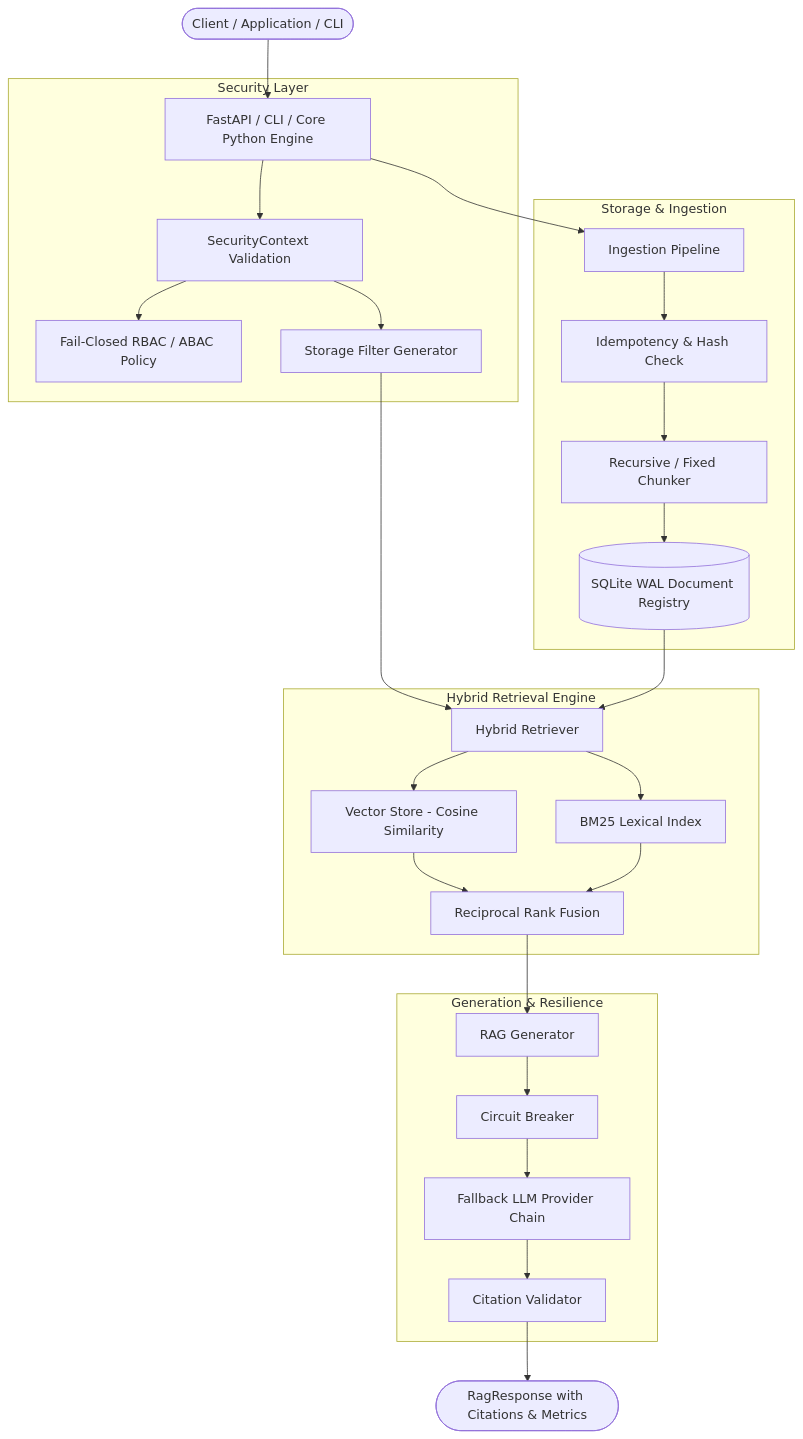
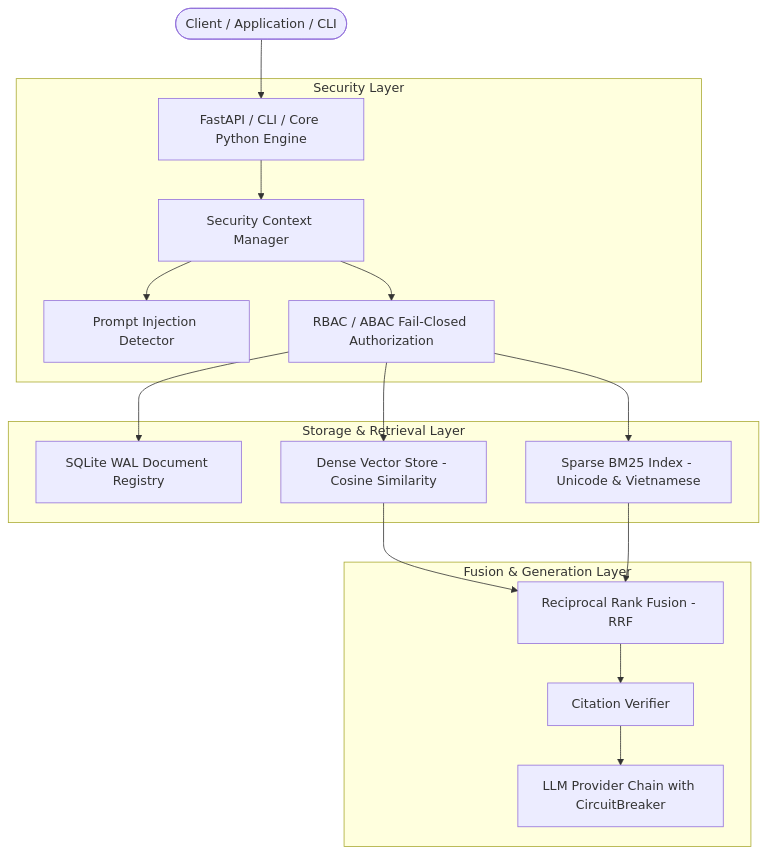
Before and after one commit to ThoCanh/RagZen-RBTSOL: the diagram in README.md, drawn with Mermaid. The commit also changed other lines of this file and 9 other files, not shown here.

````diff
--- a/README.md
+++ b/README.md
@@ -65,35 +67,23 @@
 ```mermaid
 flowchart TD
     Client([Client / Application / CLI]) --> API[FastAPI / CLI / Core Python Engine]
     
     subgraph Security Layer
-        API --> SecCtx[SecurityContext Validation]
-        SecCtx --> AuthZ[Fail-Closed RBAC / ABAC Policy]
-        SecCtx --> FilterGen[Storage Filter Generator]
+        API --> SecCtx[Security Context Manager]
+        SecCtx --> InjCheck[Prompt Injection Detector]
+        SecCtx --> AuthZ[RBAC / ABAC Fail-Closed Authorization]
     end
 
-    subgraph Storage & Ingestion
-        API --> Pipeline[Ingestion Pipeline]
-        Pipeline --> HashCheck[Idempotency & Hash Check]
-        HashCheck --> Chunking[Recursive / Fixed Chunker]
-        Chunking --> DocReg[(SQLite WAL Document Registry)]
+    subgraph Storage & Retrieval Layer
+        AuthZ --> DocReg[SQLite WAL Document Registry]
+        AuthZ --> Dense[Dense Vector Store - Cosine Similarity]
+        AuthZ --> Sparse[Sparse BM25 Index - Unicode & Vietnamese]
     end
 
-    subgraph Hybrid Retrieval Engine
-        FilterGen --> Hybrid[Hybrid Retriever]
-        DocReg --> Hybrid
-        Hybrid --> VecStore[Vector Store - Cosine Similarity]
-        Hybrid --> SparseIdx[BM25 Lexical Index]
-        VecStore --> RRF[Reciprocal Rank Fusion]
-        SparseIdx --> RRF
+    subgraph Fusion & Generation Layer
+        Dense --> RRF[Reciprocal Rank Fusion - RRF]
+        Sparse --> RRF
+        RRF --> CitVal[Citation Verifier]
+        CitVal --> LLM[LLM Provider Chain with CircuitBreaker]
     end
-
-    subgraph Generation & Resilience
-        RRF --> Generator[RAG Generator]
-        Generator --> Circuit[Circuit Breaker]
-        Circuit --> LLMChain[Fallback LLM Provider Chain]
-        LLMChain --> CitVal[Citation Validator]
-    end
-
-    CitVal --> Response([RagResponse with Citations & Metrics])
 ```
````
